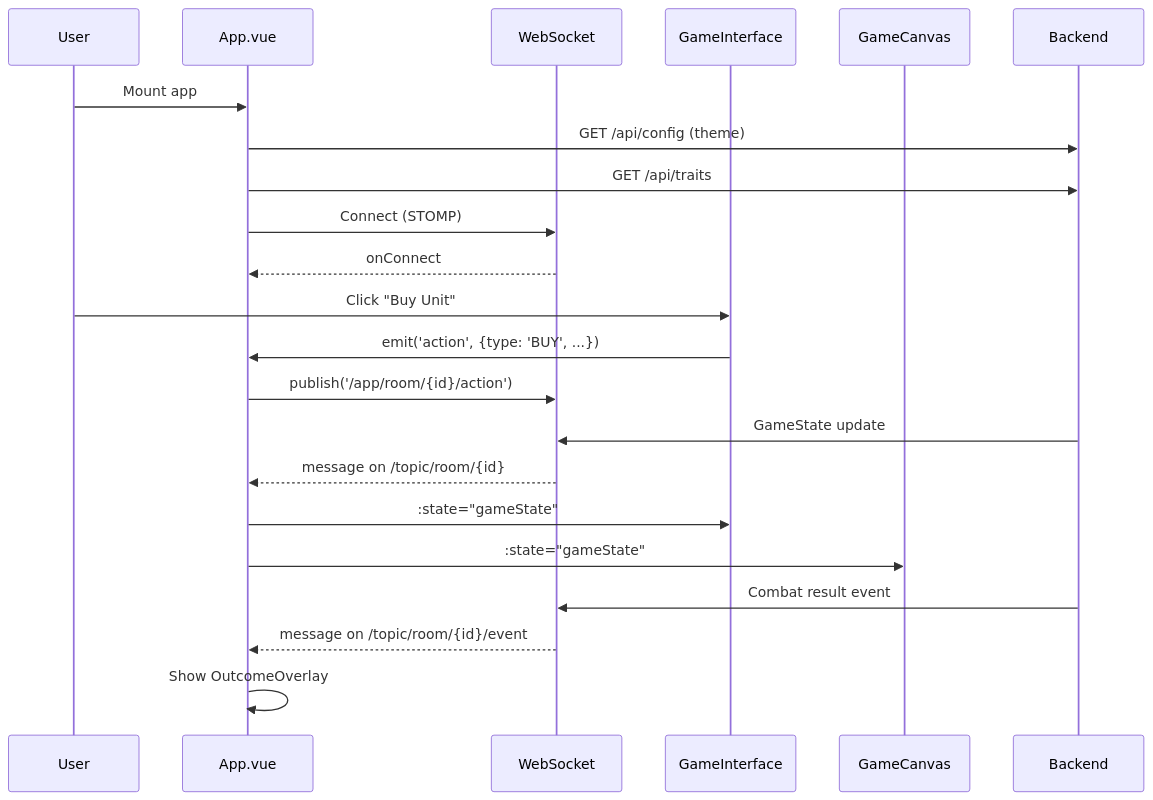
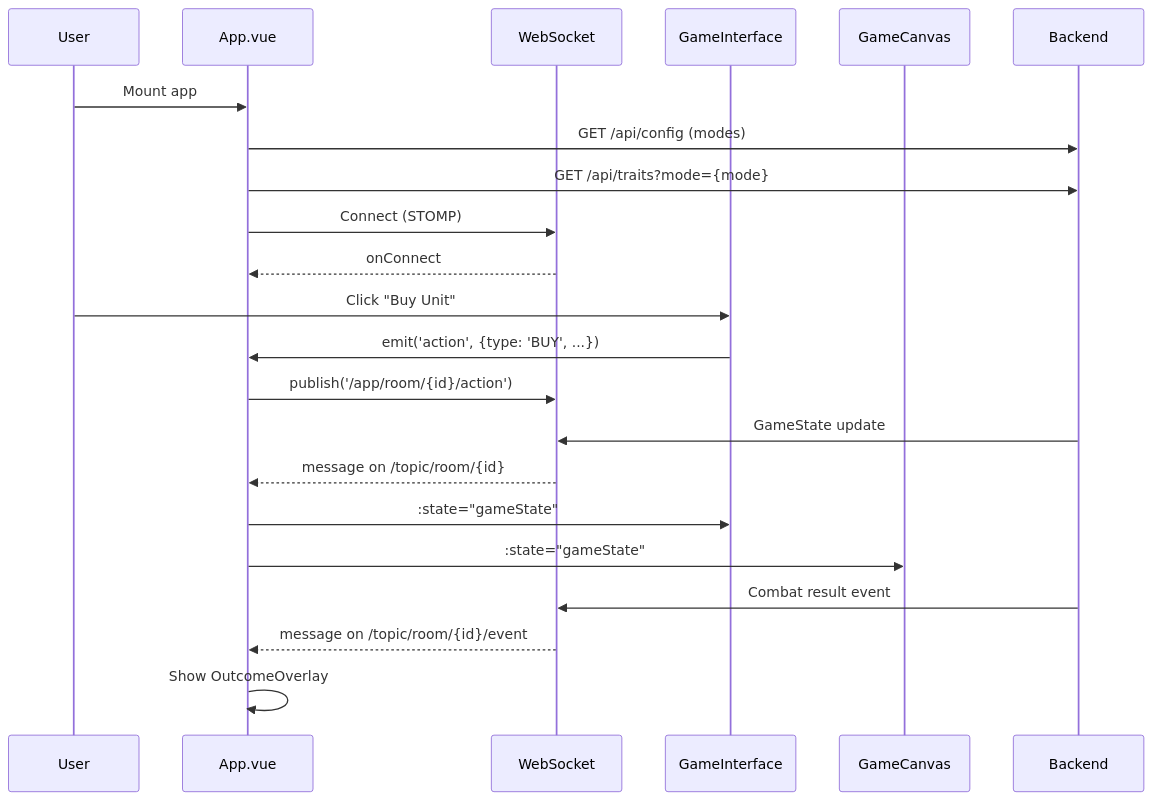
The diagram in frontend/FRONTEND_CONTEXT.md (kono94/OnePieceTactics), drawn with Mermaid before and after one commit. The commit also changed other lines of this file and 4 other files, not shown here.

````diff
--- a/frontend/FRONTEND_CONTEXT.md
+++ b/frontend/FRONTEND_CONTEXT.md
@@ -491,28 +524,28 @@
 ```mermaid
 sequenceDiagram
     participant User
     participant App.vue
     participant WebSocket
     participant GameInterface
     participant GameCanvas
     participant Backend
 
     User->>App.vue: Mount app
-    App.vue->>Backend: GET /api/config (theme)
-    App.vue->>Backend: GET /api/traits
+    App.vue->>Backend: GET /api/config (modes)
+    App.vue->>Backend: GET /api/traits?mode={mode}
     App.vue->>WebSocket: Connect (STOMP)
     WebSocket-->>App.vue: onConnect
     
     User->>GameInterface: Click "Buy Unit"
     GameInterface->>App.vue: emit('action', {type: 'BUY', ...})
     App.vue->>WebSocket: publish('/app/room/{id}/action')
     
     Backend->>WebSocket: GameState update
     WebSocket-->>App.vue: message on /topic/room/{id}
     App.vue->>GameInterface: :state="gameState"
     App.vue->>GameCanvas: :state="gameState"
     
     Backend->>WebSocket: Combat result event
     WebSocket-->>App.vue: message on /topic/room/{id}/event
     App.vue->>App.vue: Show OutcomeOverlay
 ```
````
